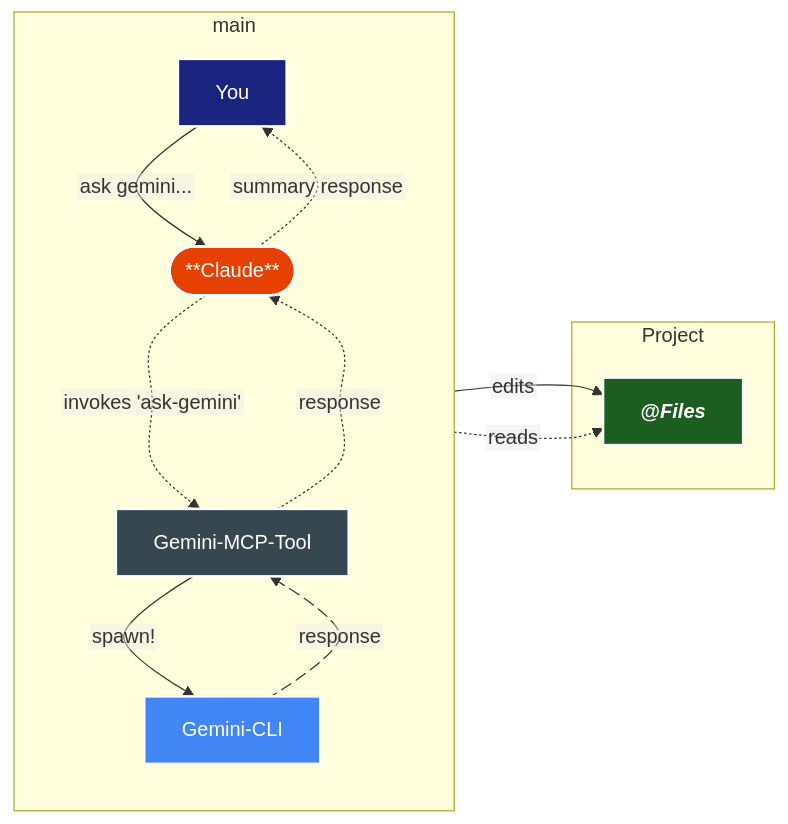
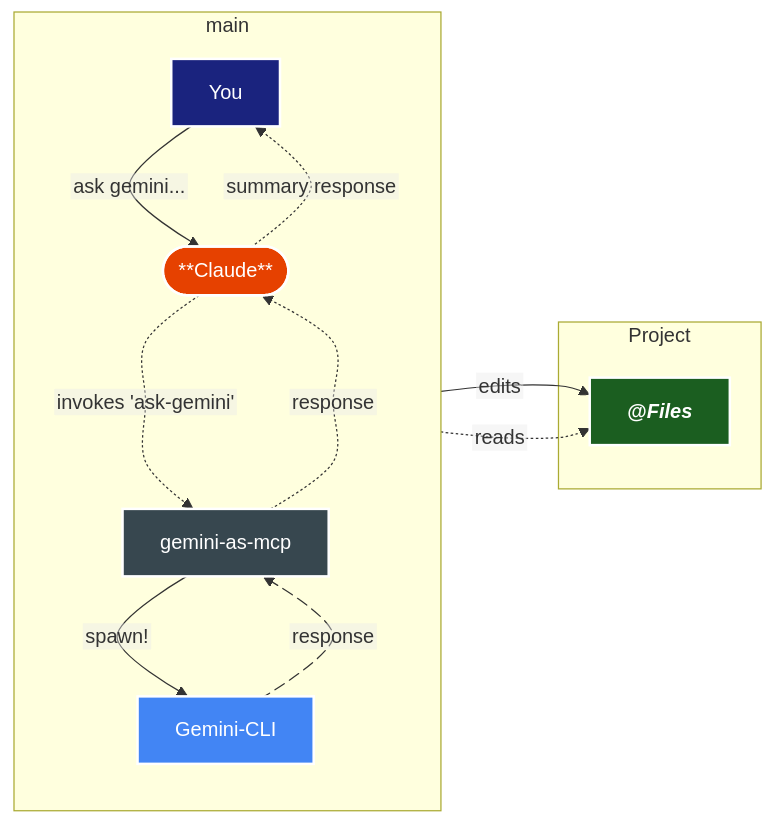
The diagram in docs/concepts/how-it-works.md (baljinnyamday/gemini-as-mcp), drawn with Mermaid before and after one commit. The commit also changed other lines of this file and 24 other files, not shown here.

````diff
--- a/docs/concepts/how-it-works.md
+++ b/docs/concepts/how-it-works.md
@@ -19,33 +19,33 @@
 ```mermaid
 ---
 config:
   flowchart:
     htmlLabels: false
     curve: cardinal
 ---
 flowchart LR
     subgraph main
         direction TB
         A[You] --> |"ask gemini..."| B([**Claude**])
-        B -..-> |"invokes 'ask-gemini'"| C["Gemini-MCP-Tool"]
+        B -..-> |"invokes 'ask-gemini'"| C["gemini-as-mcp"]
         C --> |"spawn!"| D[Gemini-CLI]
         D e1@-.-> |"response"| C
         C -.-> |"response"| B
         B -.-> |"summary response"| A
         e1@{ animate: true }
     end
     subgraph Project
         B --> |"edits"| E["`**@*Files***`"]
         D -.-> |"reads"| E
     end
     classDef userNode fill:#1a237e,stroke:#fff,color:#fff,stroke-width:2px
     classDef claudeNode fill:#e64100,stroke:#fff,color:#fff,stroke-width:2px
     classDef geminiNode fill:#4285f4,stroke:#fff,color:#fff,stroke-width:2px
     classDef mcpNode fill:#37474f,stroke:#fff,color:#fff,stroke-width:2px
     classDef dataNode fill:#1b5e20,stroke:#fff,color:#fff,stroke-width:2px
     class A userNode
     class B claudeNode
     class C mcpNode
     class D geminiNode
     class E dataNode
 ```
````
